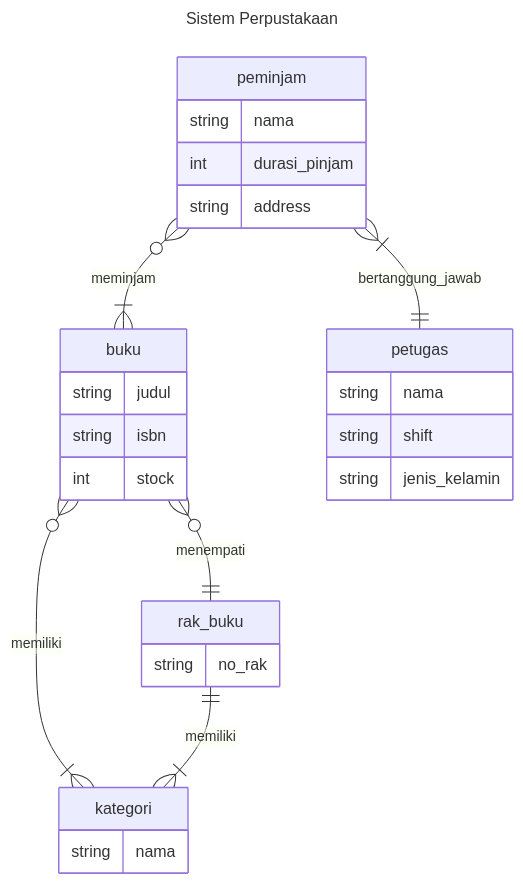
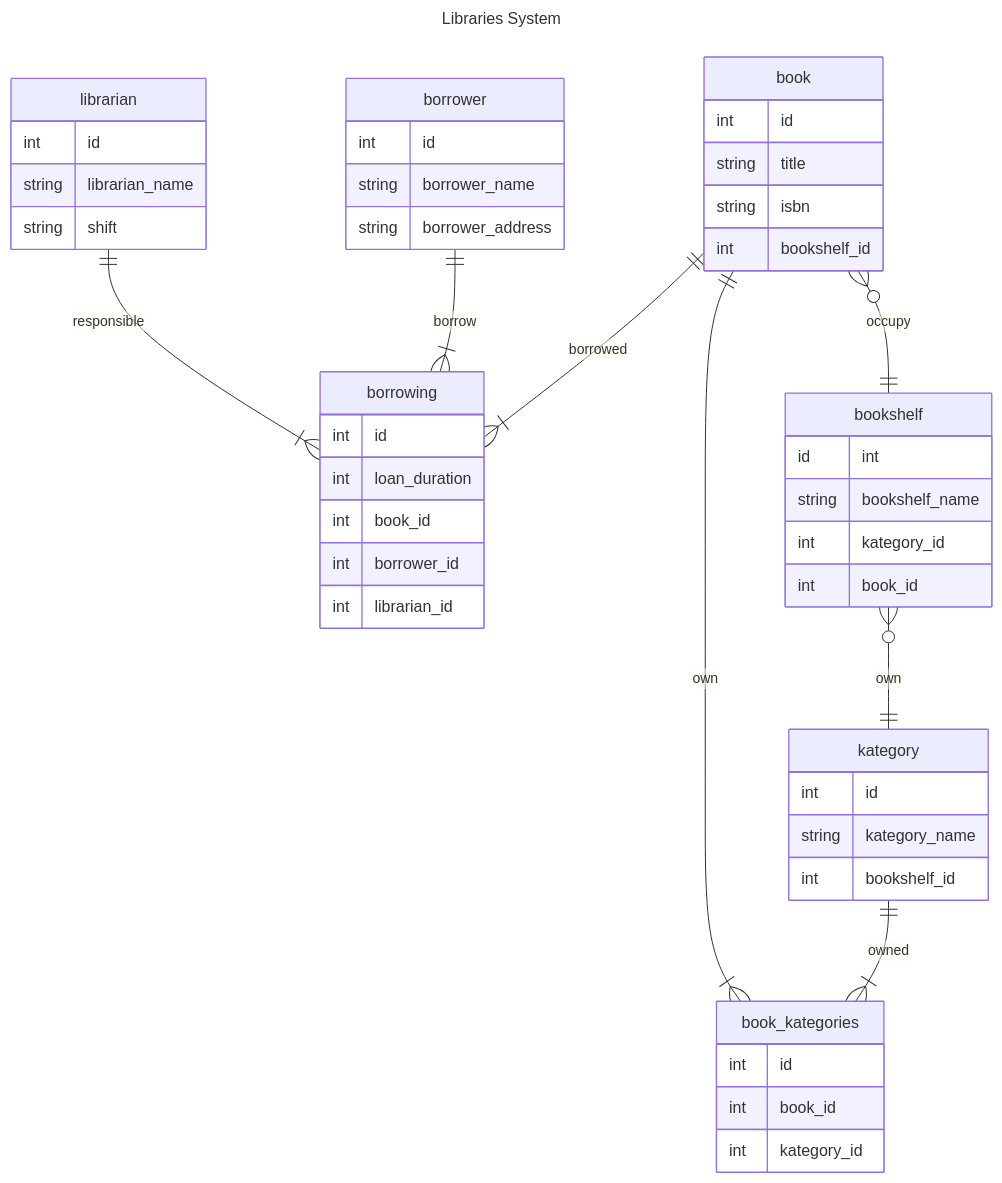
Before and after one commit to ItsnaMaulanaHasan/koda-b4-db1: the diagram in README.md, drawn with Mermaid. The commit also changed other lines of this file, not shown here.

Commit message:
feat: update ERD libraries system

````diff
--- a/README.md
+++ b/README.md
@@ -3,37 +3,59 @@
 ```mermaid
 ---
-    title: Sistem Perpustakaan
+    title: Libraries System
 ---
 erDiagram
-    buku{
-        string judul
+    book{
+        int id
+        string title
         string isbn
-        int stock
+        int bookshelf_id
     }
 
-    kategori{
-        string nama
+    kategory{
+        int id
+        string kategory_name
+        int bookshelf_id
     }
 
-    rak_buku{
-        string no_rak
+    bookshelf{
+        id int
+        string bookshelf_name
+        int kategory_id
+        int book_id
     }
 
-    petugas{
-        string nama
+    librarian{
+        int id
+        string librarian_name
         string shift
-        string jenis_kelamin
     }
 
-    peminjam{
-        string nama
-        int durasi_pinjam
-        string address
+    borrower{
+        int id
+        string borrower_name
+        string borrower_address
     }
 
-    buku }o--|{ kategori : memiliki
-    buku }o--|| rak_buku : menempati
-    peminjam }o--|{ buku : meminjam
-    peminjam }|--|| petugas : bertanggung_jawab
-    rak_buku ||--|{ kategori : memiliki
+    borrowing{
+        int id
+        int loan_duration
+        int book_id
+        int borrower_id
+        int librarian_id
+    }
+
+    book_kategories{
+        int id
+        int book_id
+        int kategory_id
+    }
+
+    librarian ||--|{ borrowing : responsible
+    borrower ||--|{ borrowing : borrow
+    book ||--|{ borrowing : borrowed
+    book ||--|{ book_kategories : own
+    kategory ||--|{ book_kategories : owned
+    book }o--|| bookshelf : occupy
+    bookshelf }o--|| kategory : own
 ```
````
